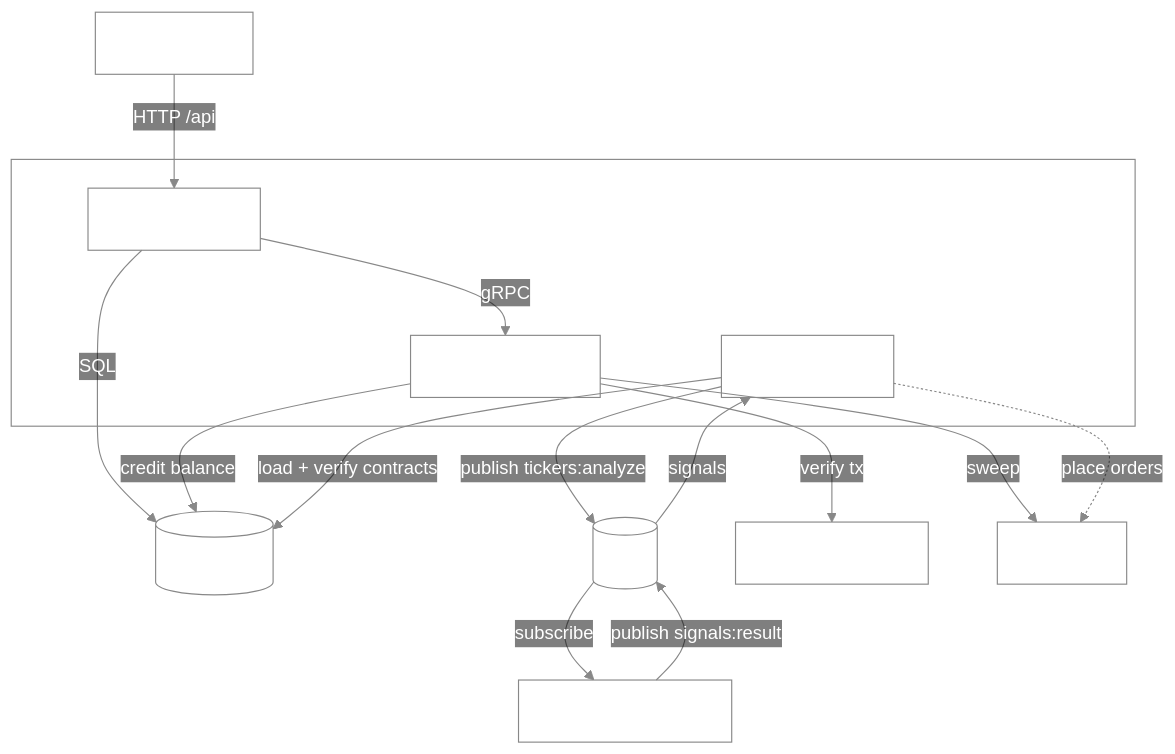
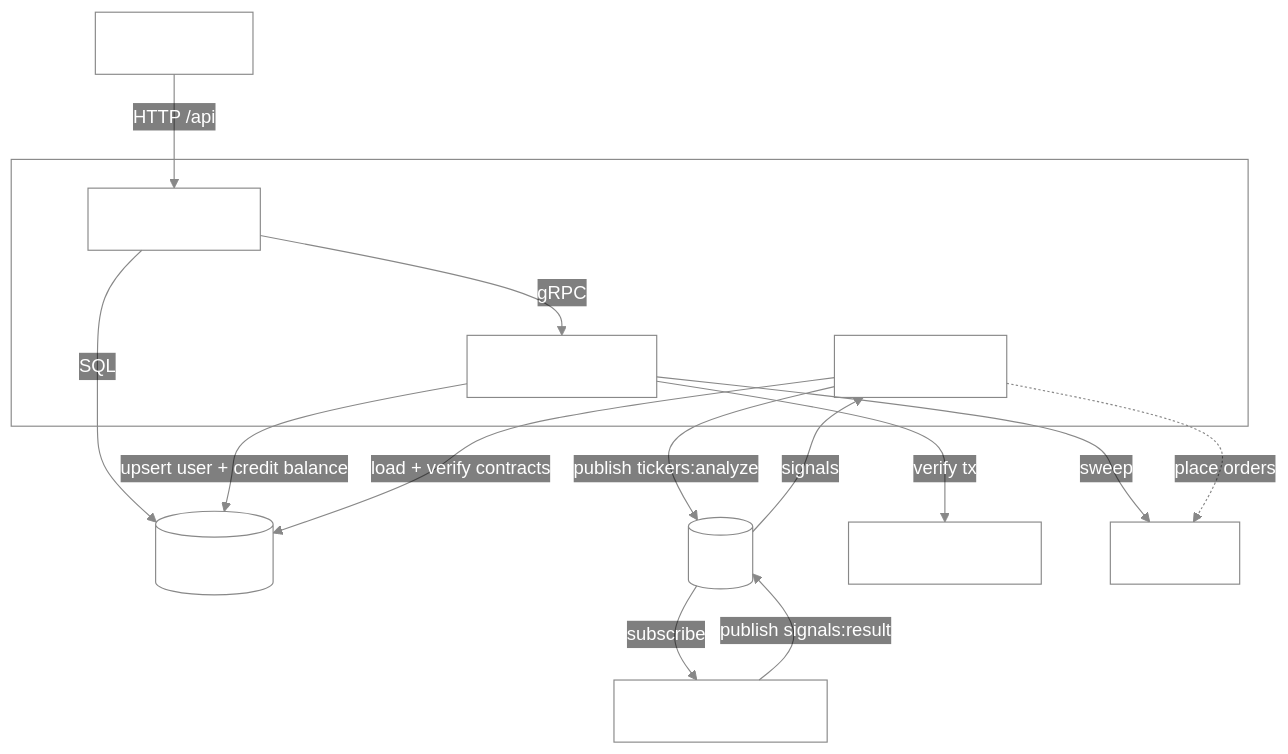
One commit to N-Choo/CoinBot.v3 changed the first of 5 diagrams in README.md. Above: the diagram before and after it, drawn with Mermaid. The commit also changed other lines of this file and 3 other files, not shown here.

Commit message:
feat: upsert user on finalize

````diff
--- a/README.md
+++ b/README.md
@@ -29,35 +29,35 @@
 ```mermaid
 %%{init: {"theme":"base","themeVariables":{"clusterBkg":"transparent","clusterBorder":"#888","lineColor":"#888","primaryTextColor":"#fff","tertiaryTextColor":"#fff","edgeLabelBackground":"transparent"}}}%%
 flowchart TB
     classDef plain fill:transparent,stroke:#888,color:#fff;
 
     UI["React SPA"]
 
     subgraph rust["Rust services"]
         GW["api_gateway"]
         DW["deposit-worker"]
         TE["trade-engine"]
     end
 
     AN["analyzer (Python)"]
     DB[("PostgreSQL")]
     RD[("Redis")]
     ETH["Ethereum RPC"]
     KC["KuCoin"]
 
     UI -->|"HTTP /api"| GW
     GW -->|"SQL"| DB
     GW -->|"gRPC"| DW
     DW -->|"verify tx"| ETH
     DW -->|"sweep"| KC
-    DW -->|"credit balance"| DB
+    DW -->|"upsert user + credit balance"| DB
 
     TE -->|"publish tickers:analyze"| RD
     RD -->|"subscribe"| AN
     AN -->|"publish signals:result"| RD
     RD -->|"signals"| TE
     TE -->|"load + verify contracts"| DB
     TE -.->|"place orders"| KC
 
     class UI,GW,DW,TE,AN,DB,RD,ETH,KC plain;
 ```
````
